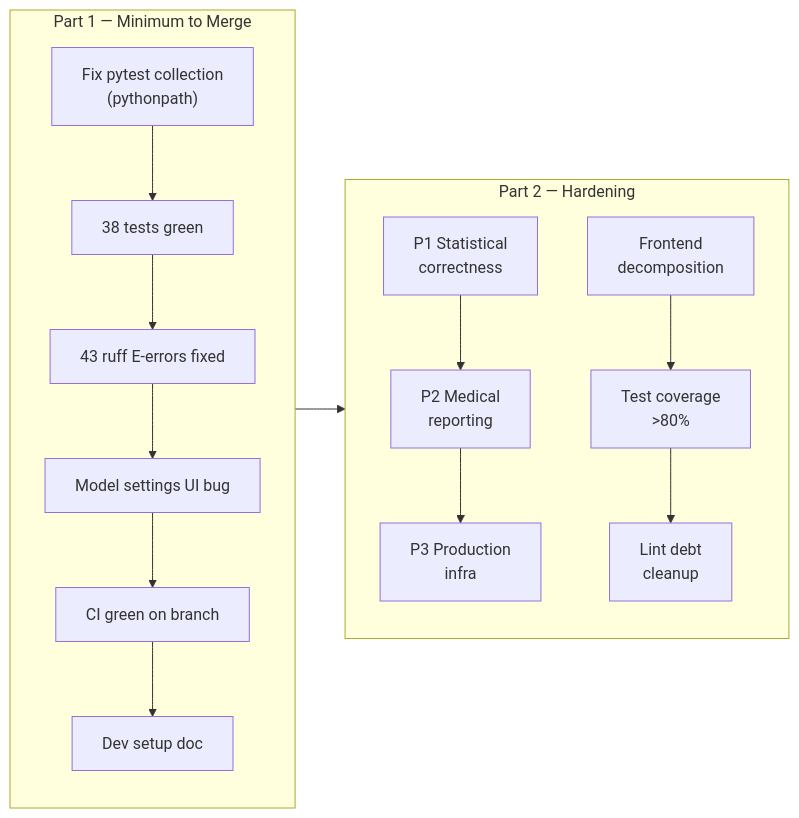
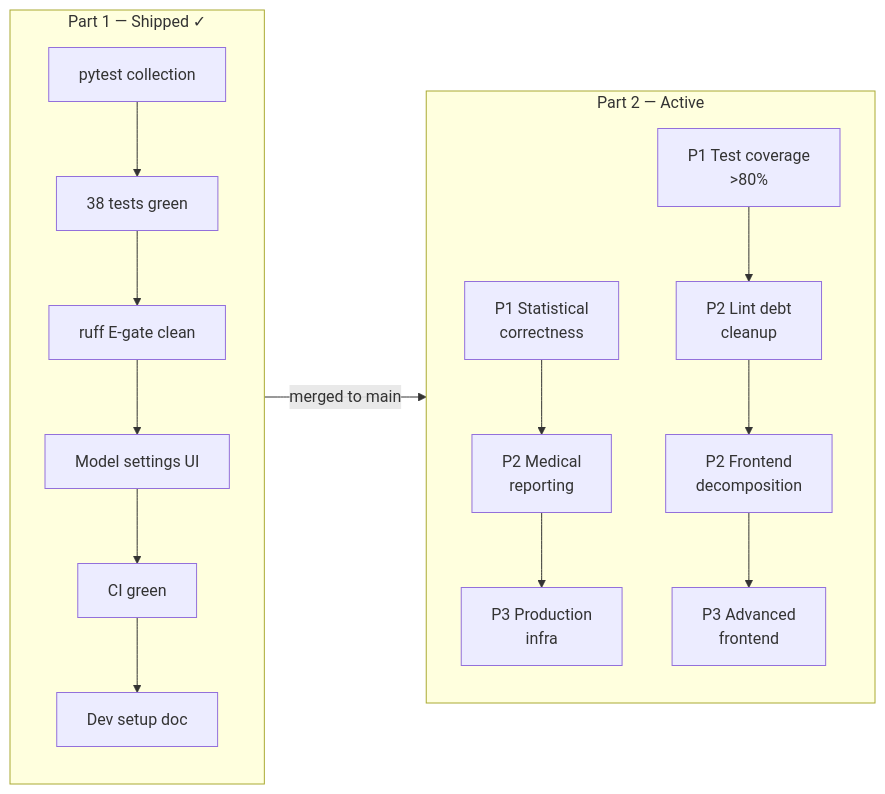
The diagram in docs/plan/ROADMAP.md (AdamKrysztopa/statmate-ai), drawn with Mermaid before and after one commit. The commit also changed other lines of this file and 68 other files, not shown here.

````diff
--- a/docs/plan/ROADMAP.md
+++ b/docs/plan/ROADMAP.md
@@ -24,21 +30,22 @@
 ```mermaid
 flowchart LR
-    subgraph Part1["Part 1 — Minimum to Merge"]
+    subgraph Part1["Part 1 — Shipped ✓"]
         direction TB
-        A["Fix pytest collection\n(pythonpath)"] --> B["38 tests green"]
-        B --> C["43 ruff E-errors fixed"]
-        C --> D["Model settings UI bug"]
-        D --> E["CI green on branch"]
+        A["pytest collection"] --> B["38 tests green"]
+        B --> C["ruff E-gate clean"]
+        C --> D["Model settings UI"]
+        D --> E["CI green"]
         E --> F["Dev setup doc"]
     end
 
-    subgraph Part2["Part 2 — Hardening"]
+    subgraph Part2["Part 2 — Active"]
         direction TB
         G["P1 Statistical\ncorrectness"] --> H["P2 Medical\nreporting"]
         H --> I["P3 Production\ninfra"]
-        J["Frontend\ndecomposition"] --> K["Test coverage\n>80%"]
-        K --> L["Lint debt\ncleanup"]
+        J["P1 Test coverage\n>80%"] --> K["P2 Lint debt\ncleanup"]
+        K --> L["P2 Frontend\ndecomposition"]
+        L --> M["P3 Advanced\nfrontend"]
     end
 
-    Part1 --> Part2
+    Part1 -->|"merged to main"| Part2
 ```
````
